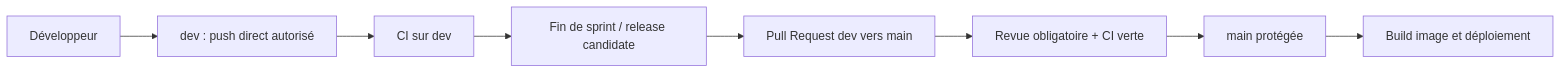
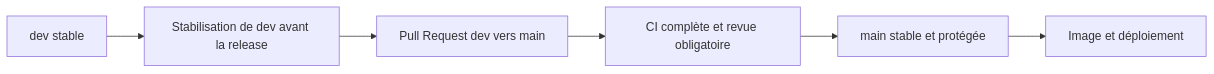
The ninth of 11 diagrams in docs/01-kickoff/HEIG_Odyssey_Kickoff_Semaine_1_FINAL.md (ismaelgiovannetti/HEIG-Odyssey), drawn with Mermaid before and after one commit. The commit also changed other lines of this file, not shown here.

````diff
--- a/docs/01-kickoff/HEIG_Odyssey_Kickoff_Semaine_1_FINAL.md
+++ b/docs/01-kickoff/HEIG_Odyssey_Kickoff_Semaine_1_FINAL.md
@@ -273,10 +330,8 @@
 ```mermaid
 flowchart LR
-    A[Développeur] --> B[dev : push direct autorisé]
-    B --> C[CI sur dev]
-    C --> D[Fin de sprint / release candidate]
-    D --> E[Pull Request dev vers main]
-    E --> F[Revue obligatoire + CI verte]
-    F --> G[main protégée]
-    G --> H[Build image et déploiement]
+    A[dev stable] --> B[Stabilisation de dev avant la release]
+    B --> C[Pull Request dev vers main]
+    C --> D[CI complète et revue obligatoire]
+    D --> E[main stable et protégée]
+    E --> F[Image et déploiement]
 ```
````
